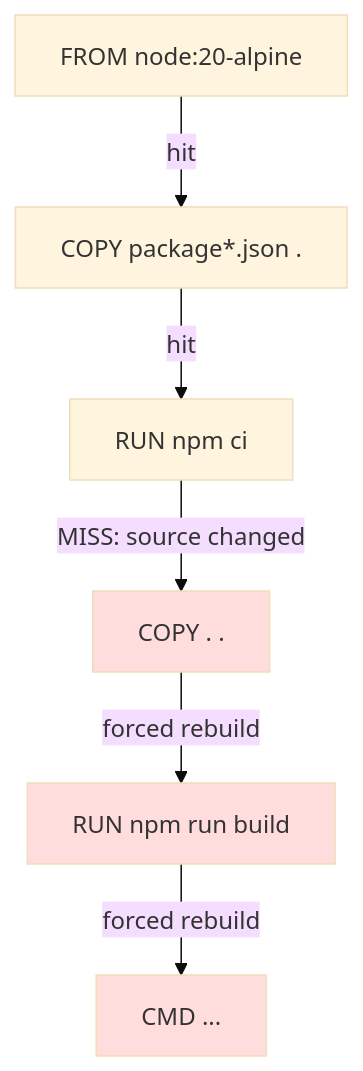
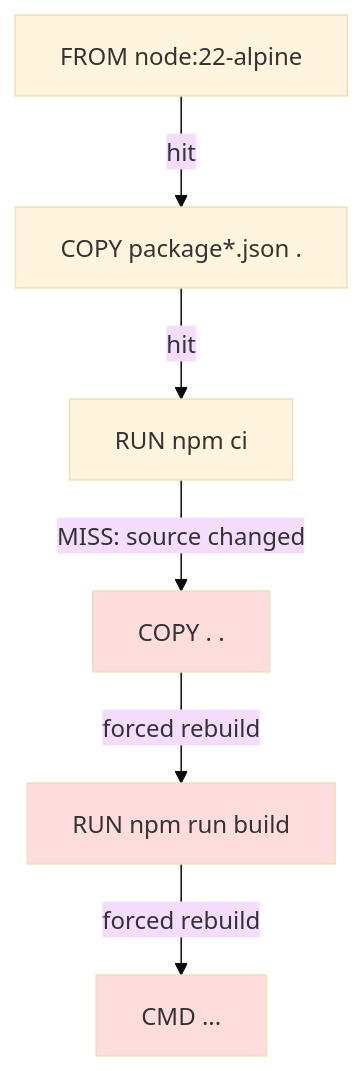
Before and after one commit to PaulSayantan/grokking-interview: the second of 3 diagrams in topics/docker/dockerfile-layers-build-cache/concepts.md, drawn with Mermaid (base theme). The commit also changed other lines of this file and 11 other files, not shown here.

````diff
--- a/topics/docker/dockerfile-layers-build-cache/concepts.md
+++ b/topics/docker/dockerfile-layers-build-cache/concepts.md
@@ -235,11 +235,11 @@
 ```mermaid
 flowchart TB
-  A["FROM node:20-alpine"] -->|hit| B["COPY package*.json ."]
+  A["FROM node:22-alpine"] -->|hit| B["COPY package*.json ."]
   B -->|hit| C["RUN npm ci"]
   C -->|MISS: source changed| D["COPY . ."]
   D -->|forced rebuild| E["RUN npm run build"]
   E -->|forced rebuild| F["CMD ..."]
   style D fill:#fdd
   style E fill:#fdd
   style F fill:#fdd
 ```
````
